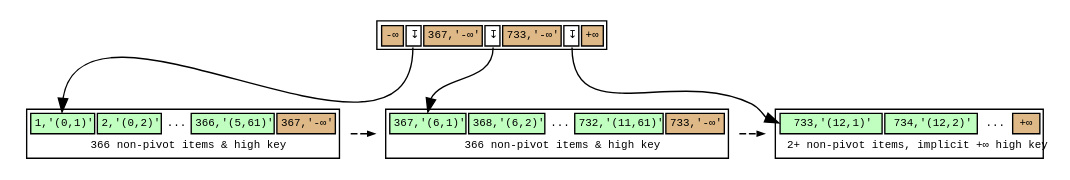
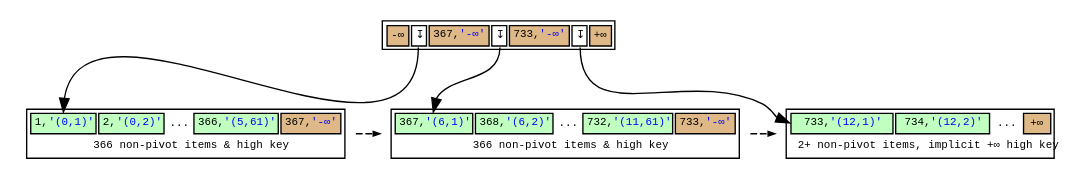
The diagram in postgres-real-btree.dot (petergeoghegan/pg_query_internals), drawn with Graphviz before and after one commit.

Commit message:
Change heap TID color in real postgres btree

```diff
--- a/postgres-real-btree.dot
+++ b/postgres-real-btree.dot
@@ -1,88 +1,88 @@
 // Example B-Tree graph
 //
 // Breadth-first order
 //
 // Start from root, go left to right
 //
 // Workflow:
 //
 // $ dot -T svg btree.dot -o btree.svg;
 
 digraph nbtree {
 graph [fontname = "monospace"];
 node [shape = none,height=.1,fontname = "monospace",fontsize=8];
 // Level 1 (root level)
 // Downlinks + highkey:
 rootnode[ label=<<table>
                     <tr>
                         <td bgcolor='burlywood' port="s0">-&infin;</td>
                         <td bgcolor='white' port="d0">&#8615;</td>
-                        <td bgcolor='burlywood' port="s1">367,'-&infin;'</td>
+                        <td bgcolor='burlywood' port="s1">367,<font color="blue">'-&infin;'</font></td>
                         <td bgcolor='white' port="d1">&#8615;</td>
-                        <td bgcolor='burlywood' port="s2">733,'-&infin;'</td>
+                        <td bgcolor='burlywood' port="s2">733,<font color="blue">'-&infin;'</font></td>
                         <td bgcolor='white' port="d2">&#8615;</td>
                         <td bgcolor='burlywood' port="hk">+&infin;</td>
                     </tr>
                 </table>
                >
         ];
 // Downlink arrows to children:
 "rootnode":d0 -> "leafnode_1":t0
 "rootnode":d1 -> "leafnode_2":t0
 "rootnode":d2 -> "leafnode_3":t0
 
 // sibling pointer:
 // (None)
 
 
 // Level 0 (leaf level)
 leafnode_1[ label=<<table>
                     <tr>
-                        <td bgcolor='darkseagreen1' port="t0">1,'(0,1)'</td>
-                        <td bgcolor='darkseagreen1' port="t1">2,'(0,2)'</td>
+                        <td bgcolor='darkseagreen1' port="t0">1,<font color="blue">'(0,1)'</font></td>
+                        <td bgcolor='darkseagreen1' port="t1">2,<font color="blue">'(0,2)'</font></td>
                         <td border="0" bgcolor='white' port="t2">...</td>
-                        <td bgcolor='darkseagreen1' port="t1">366,'(5,61)'</td>
-                        <td bgcolor='burlywood' port="hk">367,'-&infin;'</td>
+                        <td bgcolor='darkseagreen1' port="t1">366,<font color="blue">'(5,61)'</font></td>
+                        <td bgcolor='burlywood' port="hk">367,<font color="blue">'-&infin;'</font></td>
                     </tr>
                     <tr>
                         <td colspan="5" border="0" bgcolor='white'>366 non-pivot items &amp; high key</td>
                     </tr>
                 </table>
                >
         ];
 // sibling pointer:
 "leafnode_1" -> "leafnode_2"[constraint=false,color=black,style=dashed,arrowsize=0.5]
 leafnode_2[ label=<<table>
                     <tr>
-                        <td bgcolor='darkseagreen1' port="t0">367,'(6,1)'</td>
-                        <td bgcolor='darkseagreen1' port="t1">368,'(6,2)'</td>
+                        <td bgcolor='darkseagreen1' port="t0">367,<font color="blue">'(6,1)'</font></td>
+                        <td bgcolor='darkseagreen1' port="t1">368,<font color="blue">'(6,2)'</font></td>
                         <td border="0" bgcolor='white' port="t2">...</td>
-                        <td bgcolor='darkseagreen1' port="t3">732,'(11,61)'</td>
-                        <td bgcolor='burlywood' port="hk">733,'-&infin;'</td>
+                        <td bgcolor='darkseagreen1' port="t3">732,<font color="blue">'(11,61)'</font></td>
+                        <td bgcolor='burlywood' port="hk">733,<font color="blue">'-&infin;'</font></td>
                     </tr>
                     <tr>
                         <td colspan="5" border="0" bgcolor='white'>366 non-pivot items &amp; high key</td>
                     </tr>
                 </table>
                >
         ];
 // sibling pointer:
 "leafnode_2" -> "leafnode_3"[constraint=false,color=black,style=dashed,arrowsize=0.5]
 leafnode_3[ label=<<table>
                     <tr>
-                        <td bgcolor='darkseagreen1' port="t0">733,'(12,1)'</td>
-                        <td bgcolor='darkseagreen1' port="t1">734,'(12,2)'</td>
+                        <td bgcolor='darkseagreen1' port="t0">733,<font color="blue">'(12,1)'</font></td>
+                        <td bgcolor='darkseagreen1' port="t1">734,<font color="blue">'(12,2)'</font></td>
                         <td border="0" bgcolor='white' port="t2">...</td>
                         <td bgcolor='burlywood' port="hk">+&infin;</td>
                     </tr>
                     <tr>
                         <td colspan="4" border="0" bgcolor='white'>2+ non-pivot items, implicit +&infin; high key</td>
                     </tr>
                 </table>
                >
         ];
 
 //Force alignment from root to internal to leaf levels:
 edge[style=invis];
 "rootnode":d1 -> "leafnode_2":t2
 }
```
